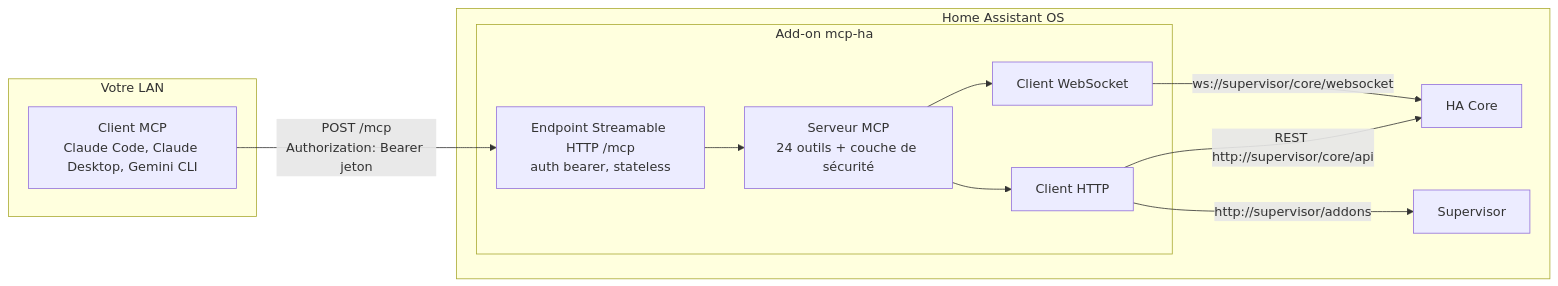
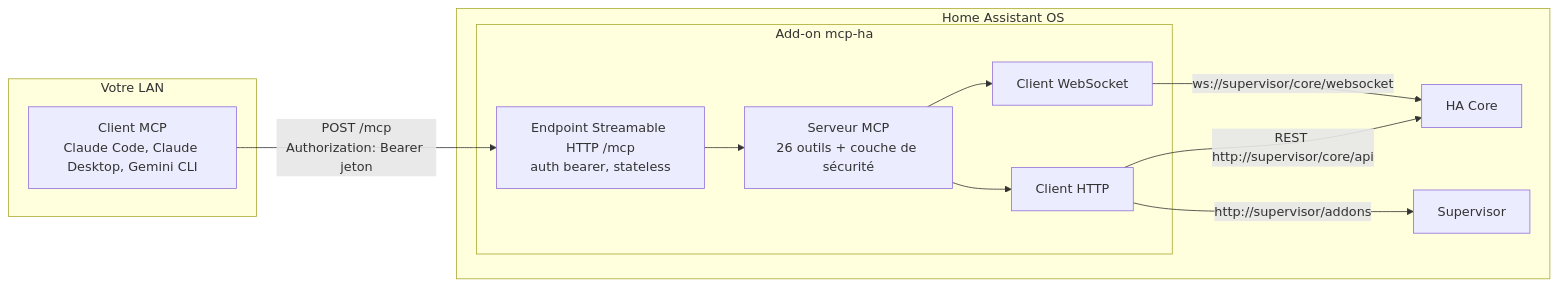
One commit to Devitek/mcp-ha changed the first of 3 diagrams in docs/fr/reference/architecture.md. Above: the diagram before and after it, drawn with Mermaid. The commit also changed 29 other files, not shown here.

````diff
--- a/docs/fr/reference/architecture.md
+++ b/docs/fr/reference/architecture.md
@@ -7,23 +7,23 @@
 ```mermaid
 flowchart LR
   subgraph lan["Votre LAN"]
     C["Client MCP<br/>Claude Code, Claude Desktop, Gemini CLI"]
   end
   subgraph haos["Home Assistant OS"]
     subgraph addon["Add-on mcp-ha"]
       T["Endpoint Streamable HTTP /mcp<br/>auth bearer, stateless"]
-      S["Serveur MCP<br/>24 outils + couche de sécurité"]
+      S["Serveur MCP<br/>26 outils + couche de sécurité"]
       W["Client WebSocket"]
       H["Client HTTP"]
       T --> S
       S --> W
       S --> H
     end
     CORE["HA Core"]
     SUP["Supervisor"]
     W -->|"ws://supervisor/core/websocket"| CORE
     H -->|"REST http://supervisor/core/api"| CORE
     H -->|"http://supervisor/addons"| SUP
   end
   C -->|"POST /mcp<br/>Authorization: Bearer jeton"| T
 ```
````
